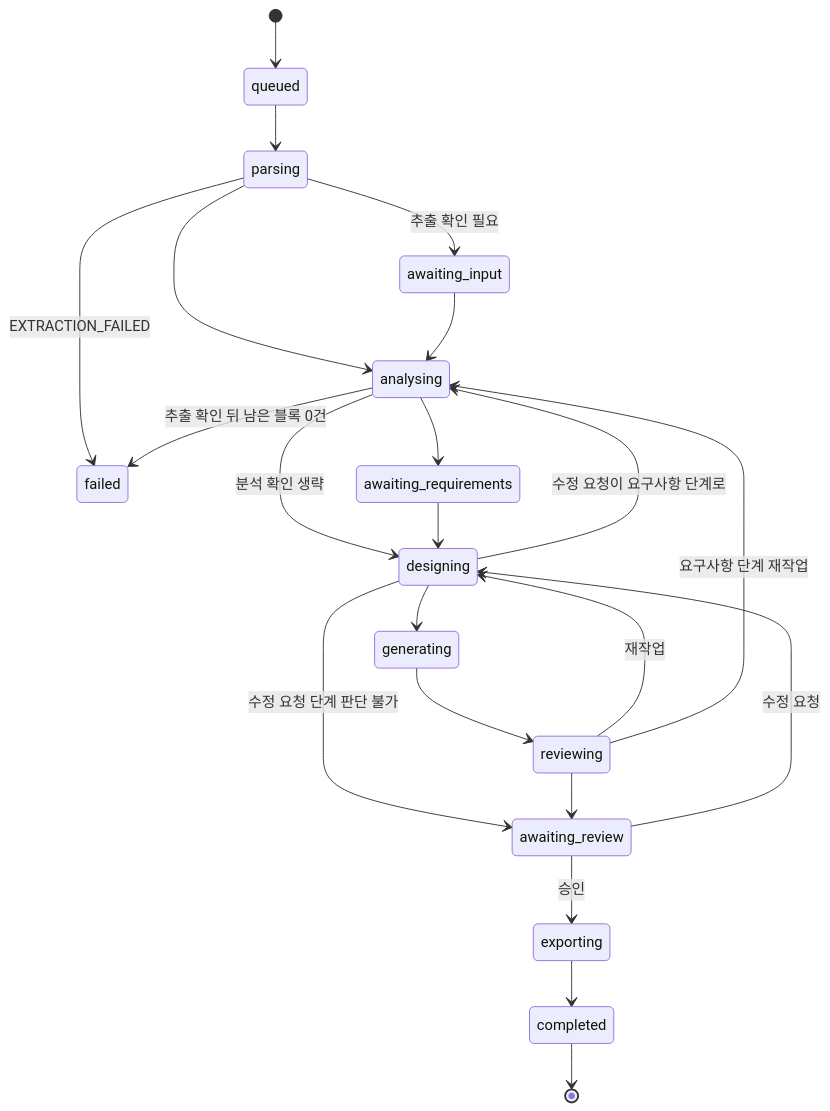
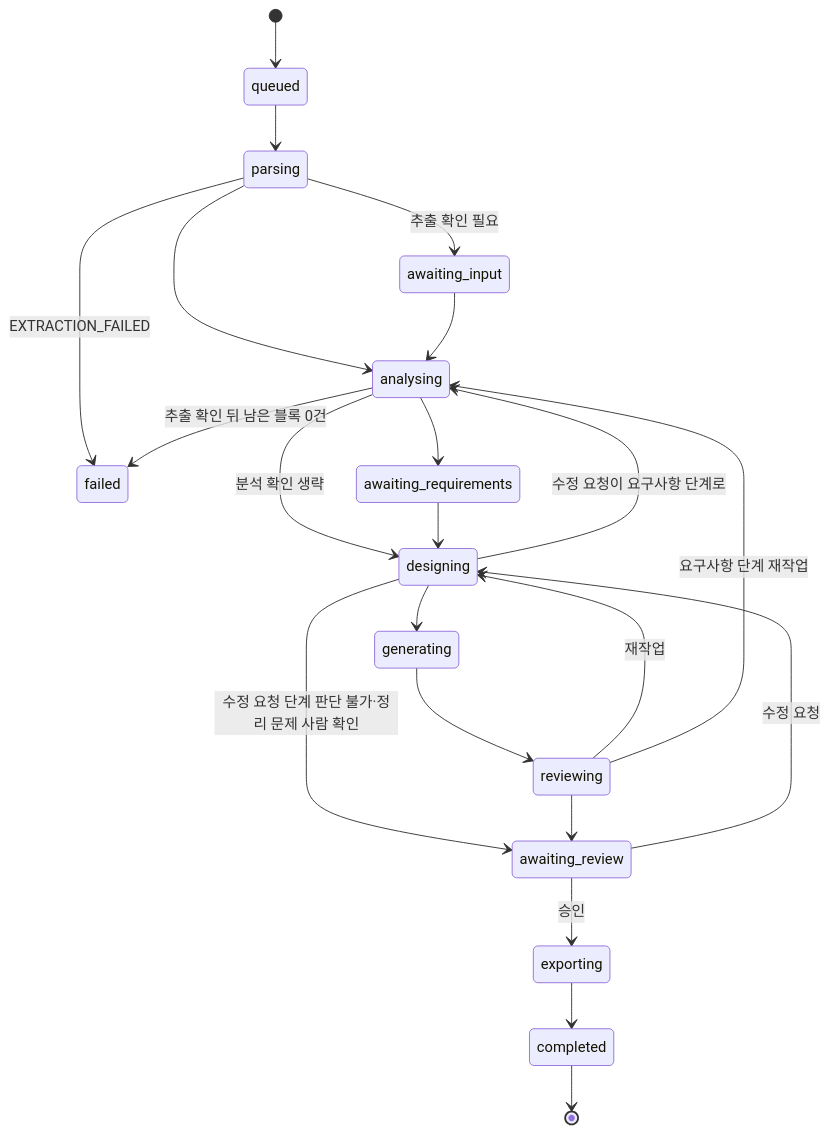
The third of 3 diagrams in docs/03-architecture.md (surplus96/specton), drawn with Mermaid before and after one commit. The commit also changed other lines of this file and 5 other files, not shown here.

````diff
--- a/docs/03-architecture.md
+++ b/docs/03-architecture.md
@@ -105,24 +114,24 @@
 ```mermaid
 stateDiagram-v2
     [*] --> queued
     queued --> parsing
     parsing --> awaiting_input: 추출 확인 필요
     parsing --> analysing
     parsing --> failed: EXTRACTION_FAILED
     awaiting_input --> analysing
     analysing --> failed: 추출 확인 뒤 남은 블록 0건
     analysing --> awaiting_requirements
     analysing --> designing: 분석 확인 생략
     awaiting_requirements --> designing
     designing --> generating
     designing --> analysing: 수정 요청이 요구사항 단계로
-    designing --> awaiting_review: 수정 요청 단계 판단 불가
+    designing --> awaiting_review: 수정 요청 단계 판단 불가·정리 문제 사람 확인
     generating --> reviewing
     reviewing --> designing: 재작업
     reviewing --> analysing: 요구사항 단계 재작업
     reviewing --> awaiting_review
     awaiting_review --> designing: 수정 요청
     awaiting_review --> exporting: 승인
     exporting --> completed
     completed --> [*]
 ```
````
